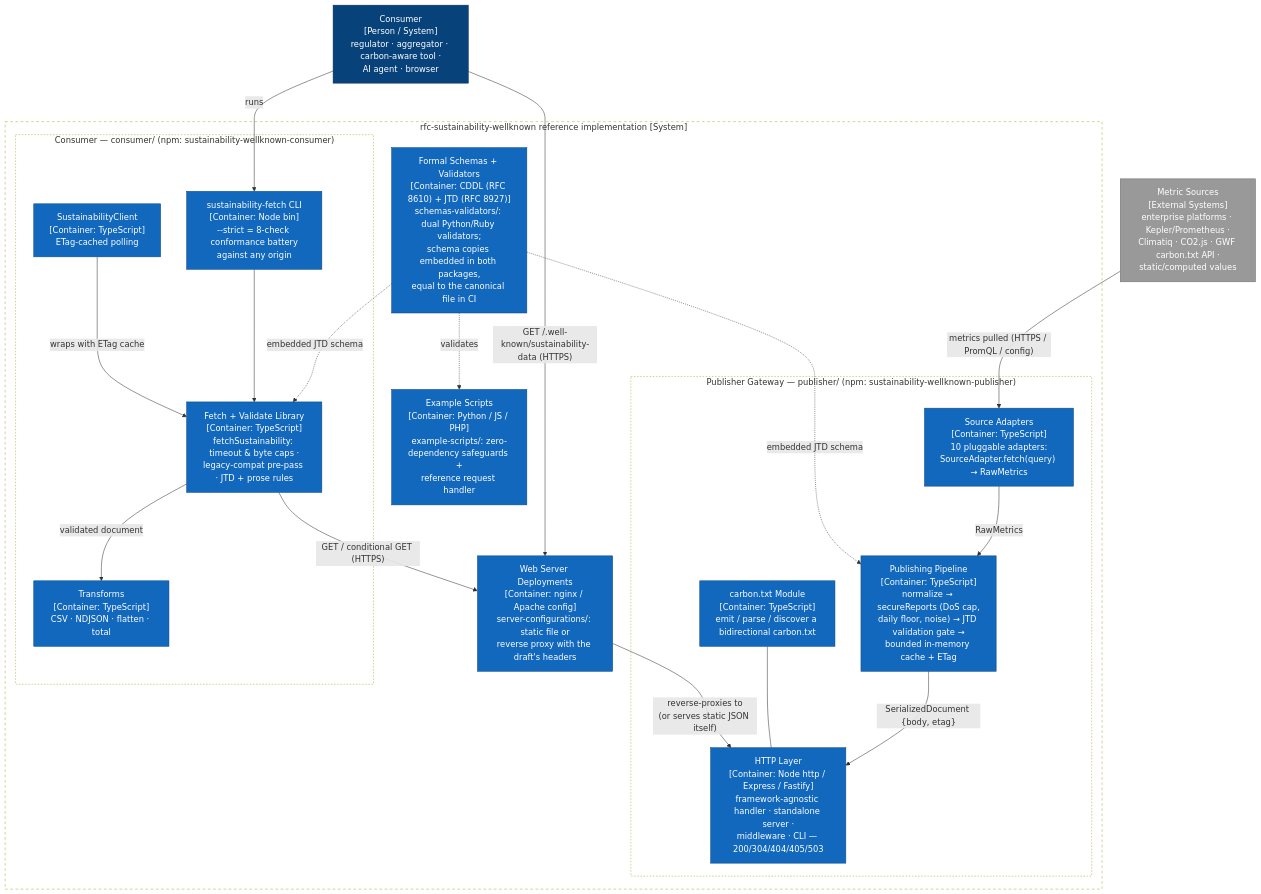
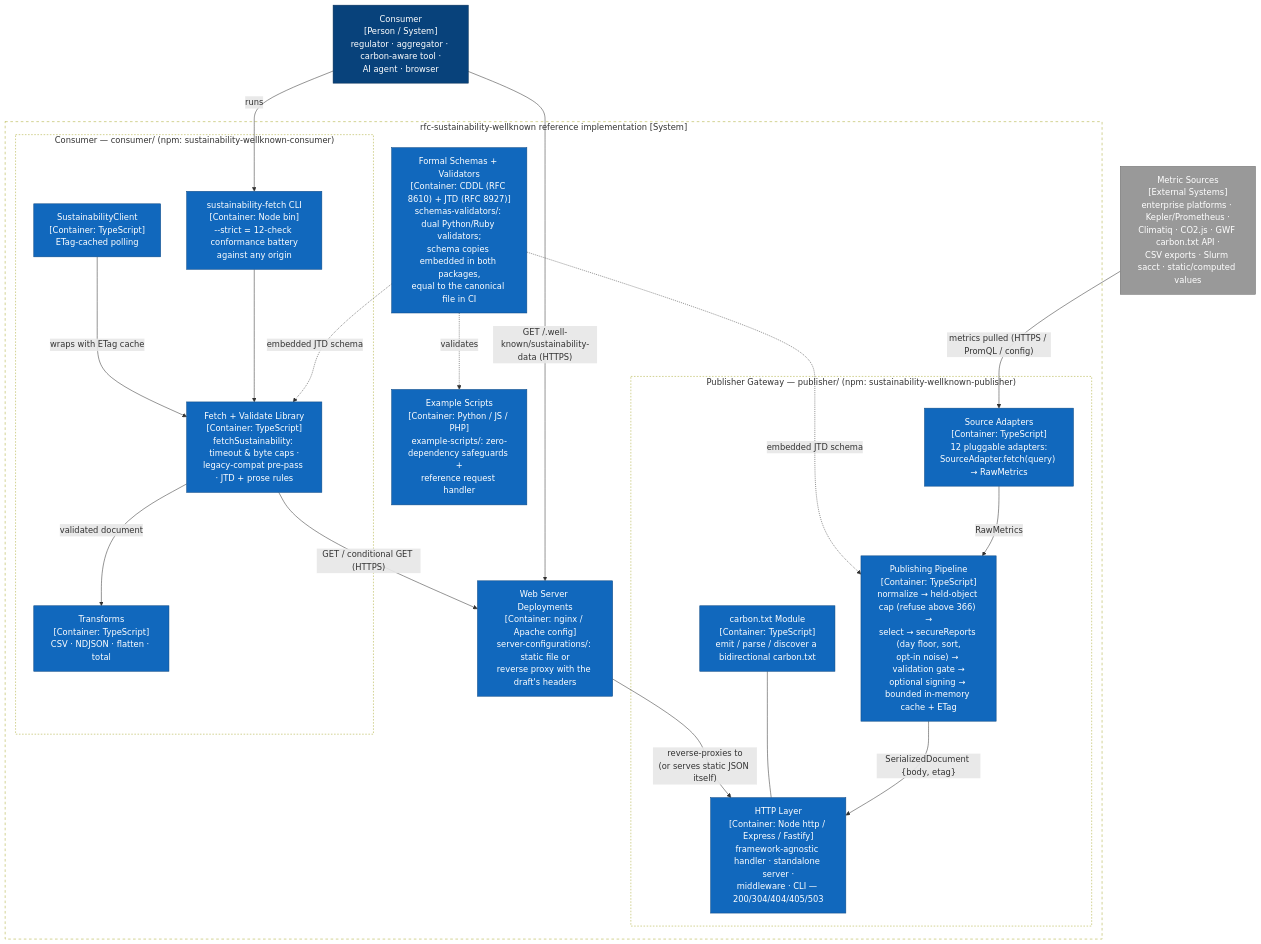
One commit to andreibesleaga/rfc-sustainability-wellknown changed the second of 10 diagrams in architecture/README.md. Above: the diagram before and after it, drawn with Mermaid. The commit also changed other lines of this file and 8 other files, not shown here.

First line of the commit message:
Architecture: bring four diagrams and section 3.2 up to -12

````diff
--- a/architecture/README.md
+++ b/architecture/README.md
@@ -169,55 +169,55 @@
 ```mermaid
 flowchart TB
     %% C4 Level 2 — Container diagram (graph-TD equivalent of C4Container; Mermaid's
     %% experimental C4 layout was unreadable at this element count).
     %% person = dark blue · container = blue · external = grey · boundaries = dashed.
 
     CLIENT["Consumer<br/>[Person / System]<br/>regulator · aggregator · carbon-aware tool ·<br/>AI agent · browser"]
-    DS["Metric Sources<br/>[External Systems]<br/>enterprise platforms · Kepler/Prometheus ·<br/>Climatiq · CO2.js · GWF carbon.txt API ·<br/>static/computed values"]
+    DS["Metric Sources<br/>[External Systems]<br/>enterprise platforms · Kepler/Prometheus ·<br/>Climatiq · CO2.js · GWF carbon.txt API ·<br/>CSV exports · Slurm sacct · static/computed values"]
 
     subgraph REPO["rfc-sustainability-wellknown reference implementation [System]"]
         subgraph PUBB["Publisher Gateway — publisher/ (npm: sustainability-wellknown-publisher)"]
-            ADP["Source Adapters<br/>[Container: TypeScript]<br/>10 pluggable adapters:<br/>SourceAdapter.fetch(query) → RawMetrics"]
-            PIPE["Publishing Pipeline<br/>[Container: TypeScript]<br/>normalize → secureReports (DoS cap,<br/>daily floor, noise) → JTD validation gate →<br/>bounded in-memory cache + ETag"]
+            ADP["Source Adapters<br/>[Container: TypeScript]<br/>12 pluggable adapters:<br/>SourceAdapter.fetch(query) → RawMetrics"]
+            PIPE["Publishing Pipeline<br/>[Container: TypeScript]<br/>normalize → held-object cap (refuse above 366) →<br/>select → secureReports (day floor, sort,<br/>opt-in noise) → validation gate →<br/>optional signing → bounded in-memory cache + ETag"]
             HTTPL["HTTP Layer<br/>[Container: Node http / Express / Fastify]<br/>framework-agnostic handler · standalone server ·<br/>middleware · CLI — 200/304/404/405/503"]
             CTM["carbon.txt Module<br/>[Container: TypeScript]<br/>emit / parse / discover a bidirectional carbon.txt"]
         end
 
         subgraph CONSB["Consumer — consumer/ (npm: sustainability-wellknown-consumer)"]
             FETCH["Fetch + Validate Library<br/>[Container: TypeScript]<br/>fetchSustainability: timeout & byte caps ·<br/>legacy-compat pre-pass · JTD + prose rules"]
             SCLI["SustainabilityClient<br/>[Container: TypeScript]<br/>ETag-cached polling"]
             TR["Transforms<br/>[Container: TypeScript]<br/>CSV · NDJSON · flatten · total"]
-            FCLI["sustainability-fetch CLI<br/>[Container: Node bin]<br/>--strict = 8-check conformance battery<br/>against any origin"]
+            FCLI["sustainability-fetch CLI<br/>[Container: Node bin]<br/>--strict = 12-check conformance battery<br/>against any origin"]
         end
 
         SCHEMAS["Formal Schemas + Validators<br/>[Container: CDDL (RFC 8610) + JTD (RFC 8927)]<br/>schemas-validators/: dual Python/Ruby validators;<br/>schema copies embedded in both packages,<br/>equal to the canonical file in CI"]
         WEBC["Web Server Deployments<br/>[Container: nginx / Apache config]<br/>server-configurations/: static file or<br/>reverse proxy with the draft's headers"]
         EXS["Example Scripts<br/>[Container: Python / JS / PHP]<br/>example-scripts/: zero-dependency safeguards +<br/>reference request handler"]
     end
 
     DS -- "metrics pulled (HTTPS / PromQL / config)" --> ADP
     ADP -- "RawMetrics" --> PIPE
     PIPE -- "SerializedDocument {body, etag}" --> HTTPL
     CTM --- HTTPL
     SCHEMAS -. "embedded JTD schema" .-> PIPE
     SCHEMAS -. "embedded JTD schema" .-> FETCH
     SCHEMAS -. "validates" .-> EXS
     WEBC -- "reverse-proxies to<br/>(or serves static JSON itself)" --> HTTPL
 
     CLIENT -- "GET /.well-known/sustainability-data (HTTPS)" --> WEBC
     CLIENT -- "runs" --> FCLI
     FCLI --> FETCH
     SCLI -- "wraps with ETag cache" --> FETCH
     FETCH -- "validated document" --> TR
     FETCH -- "GET / conditional GET (HTTPS)" --> WEBC
 
     classDef person fill:#08427b,color:#fff,stroke:#052e56
     classDef cont fill:#1168bd,color:#fff,stroke:#0b4884
     classDef ext fill:#999999,color:#fff,stroke:#6b6b6b
     class CLIENT person
     class ADP,PIPE,HTTPL,CTM,FETCH,SCLI,TR,FCLI,SCHEMAS,WEBC,EXS cont
     class DS ext
     style REPO stroke-dasharray:5 5,fill:none
     style PUBB stroke-dasharray:3 3,fill:none
     style CONSB stroke-dasharray:3 3,fill:none
 ```
````
